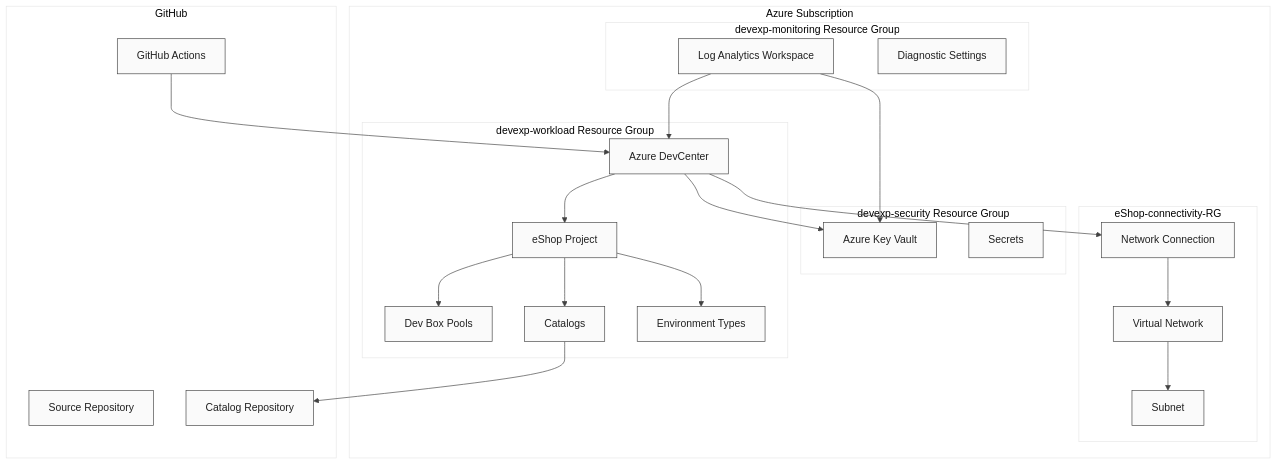
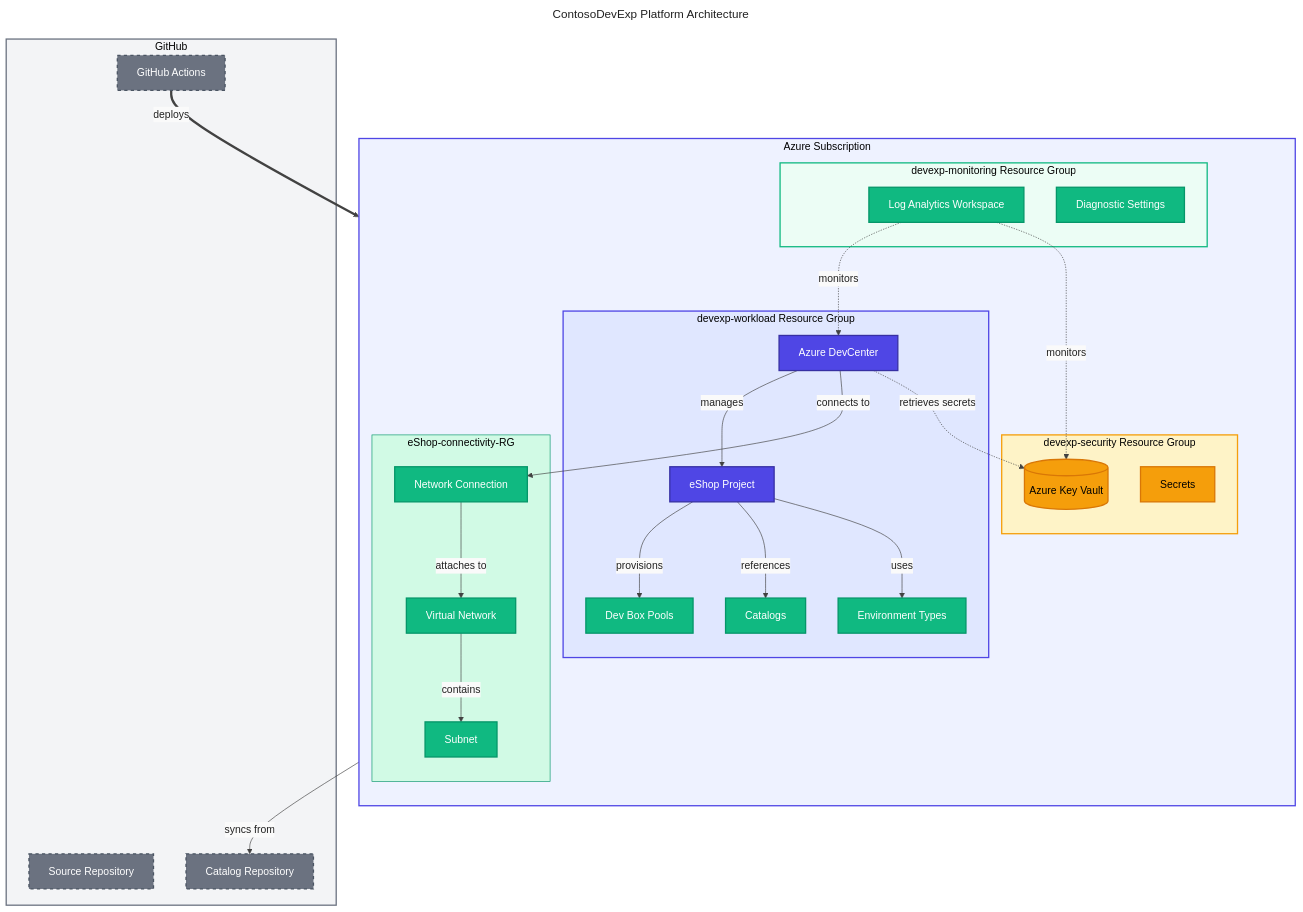
One commit to Evilazaro/DevExp-DevBox changed the diagram in README.md. Above: the diagram before and after it, drawn with Mermaid.

Commit message:
docs: enhance README.md with detailed architecture flowchart and styling improvements

````diff
--- a/README.md
+++ b/README.md
@@ -86,7 +86,21 @@
 ```mermaid
+---
+title: ContosoDevExp Platform Architecture
+---
 %%{init: {'theme': 'base', 'themeVariables': { 'primaryColor': '#FAFAFA', 'primaryBorderColor': '#424242', 'primaryTextColor': '#212121', 'lineColor': '#424242'}}}%%
 flowchart TB
+    %% ===== STYLE DEFINITIONS =====
+    classDef primary fill:#4F46E5,stroke:#3730A3,stroke-width:2px,color:#FFFFFF
+    classDef secondary fill:#10B981,stroke:#059669,stroke-width:2px,color:#FFFFFF
+    classDef datastore fill:#F59E0B,stroke:#D97706,stroke-width:2px,color:#000000
+    classDef external fill:#6B7280,stroke:#4B5563,stroke-width:2px,color:#FFFFFF,stroke-dasharray:5 5
+    classDef trigger fill:#818CF8,stroke:#4F46E5,stroke-width:2px,color:#FFFFFF
+
+    %% ===== AZURE SUBSCRIPTION =====
     subgraph SUB["Azure Subscription"]
+        direction TB
+
+        %% ===== WORKLOAD RESOURCE GROUP =====
         subgraph WRG["devexp-workload Resource Group"]
             DC["Azure DevCenter"]
             PROJ["eShop Project"]
@@ -95,16 +109,19 @@
             ENV["Environment Types"]
         end
 
+        %% ===== SECURITY RESOURCE GROUP =====
         subgraph SRG["devexp-security Resource Group"]
-            KV["Azure Key Vault"]
+            KV[("Azure Key Vault")]
             SEC["Secrets"]
         end
 
+        %% ===== MONITORING RESOURCE GROUP =====
         subgraph MRG["devexp-monitoring Resource Group"]
             LA["Log Analytics Workspace"]
             DIAG["Diagnostic Settings"]
         end
 
+        %% ===== CONNECTIVITY RESOURCE GROUP =====
         subgraph CRG["eShop-connectivity-RG"]
             VNET["Virtual Network"]
             SUBNET["Subnet"]
@@ -112,22 +129,48 @@
         end
     end
 
+    %% ===== EXTERNAL SERVICES =====
     subgraph GH["GitHub"]
         REPO["Source Repository"]
         GHA["GitHub Actions"]
         GHCAT["Catalog Repository"]
     end
 
-    DC --> PROJ
-    PROJ --> POOLS
-    PROJ --> CAT
-    PROJ --> ENV
-    DC --> NC
-    NC --> VNET
-    VNET --> SUBNET
-    DC --> KV
-    LA --> DC
-    LA --> KV
-    GHA --> DC
-    CAT --> GHCAT
+    %% ===== WORKLOAD CONNECTIONS =====
+    DC -->|"manages"| PROJ
+    PROJ -->|"provisions"| POOLS
+    PROJ -->|"references"| CAT
+    PROJ -->|"uses"| ENV
+
+    %% ===== NETWORK CONNECTIONS =====
+    DC -->|"connects to"| NC
+    NC -->|"attaches to"| VNET
+    VNET -->|"contains"| SUBNET
+
+    %% ===== SECURITY CONNECTIONS =====
+    DC -.->|"retrieves secrets"| KV
+
+    %% ===== MONITORING CONNECTIONS =====
+    LA -.->|"monitors"| DC
+    LA -.->|"monitors"| KV
+
+    %% ===== CI/CD CONNECTIONS =====
+    GHA ==>|"deploys"| DC
+    CAT -->|"syncs from"| GHCAT
+
+    %% ===== NODE CLASS ASSIGNMENTS =====
+    class DC,PROJ primary
+    class POOLS,CAT,ENV secondary
+    class KV,SEC datastore
+    class LA,DIAG secondary
+    class VNET,SUBNET,NC secondary
+    class REPO,GHA,GHCAT external
+
+    %% ===== SUBGRAPH STYLES =====
+    style SUB fill:#EEF2FF,stroke:#4F46E5,stroke-width:2px
+    style WRG fill:#E0E7FF,stroke:#4F46E5,stroke-width:2px
+    style SRG fill:#FEF3C7,stroke:#F59E0B,stroke-width:2px
+    style MRG fill:#ECFDF5,stroke:#10B981,stroke-width:2px
+    style CRG fill:#D1FAE5,stroke:#059669,stroke-width:1px
+    style GH fill:#F3F4F6,stroke:#6B7280,stroke-width:2px
 ```
````
